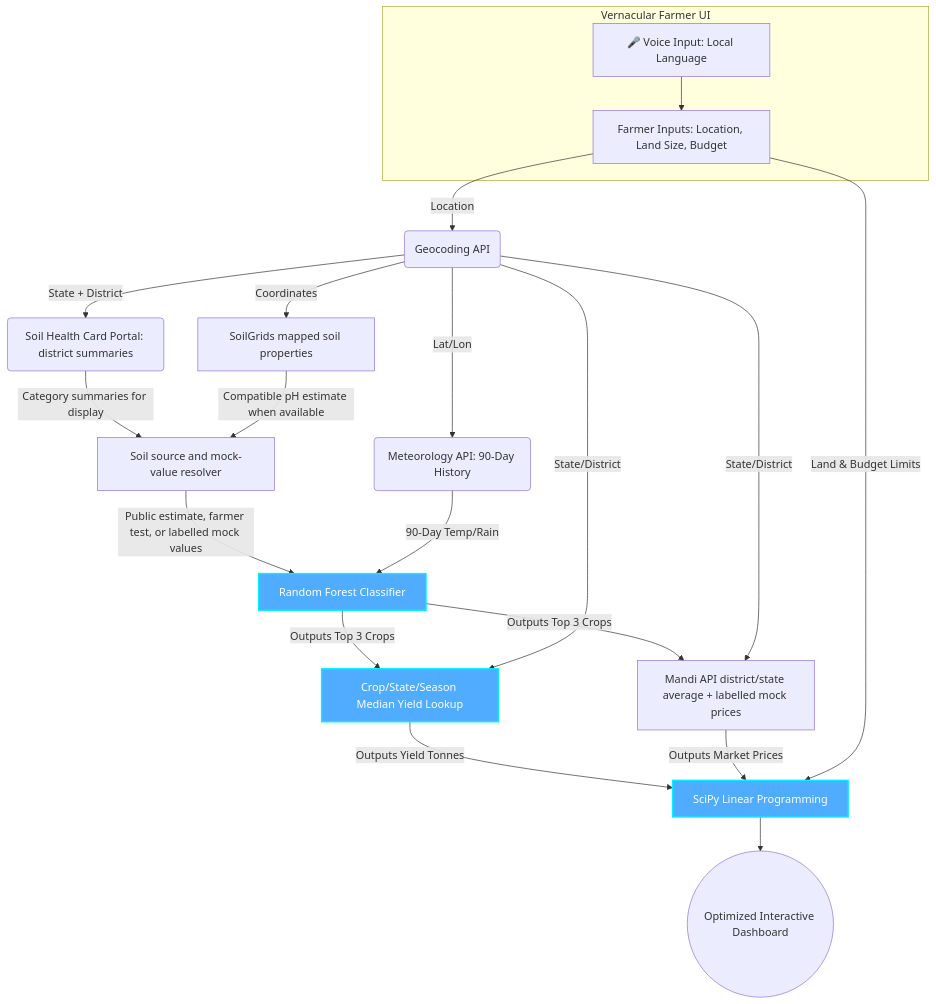
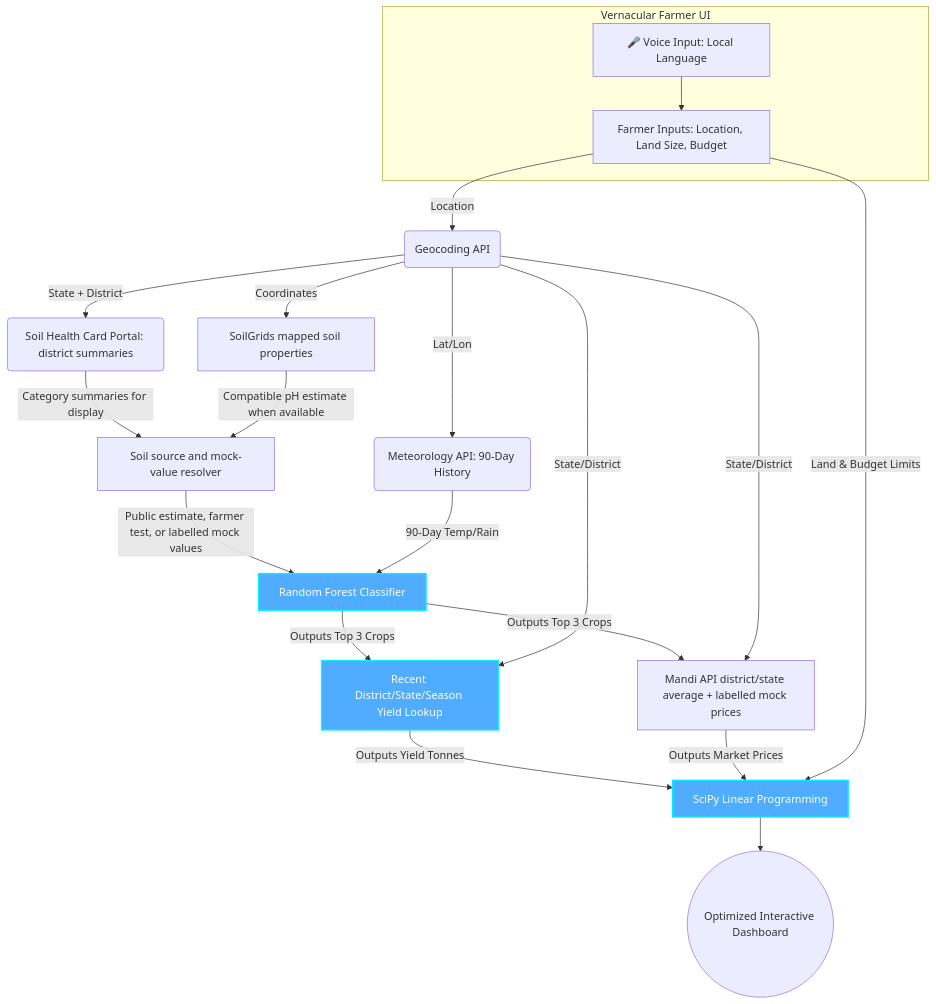
One commit to 9553943884pavan-alt/Agritech changed the diagram in README.md. Above: the diagram before and after it, drawn with Mermaid. The commit also changed other lines of this file and 6 other files, not shown here.

Commit message:
Improve district-aware yield estimation

````diff
--- a/README.md
+++ b/README.md
@@ -79,37 +79,37 @@
 ```mermaid
 graph TD
     %% User Inputs
     subgraph Vernacular Farmer UI
         V[🎤 Voice Input: Local Language] --> A
         A[Farmer Inputs: Location, Land Size, Budget]
     end
     
     %% APIs
     A -->|Location| B(Geocoding API)
     B -->|Lat/Lon| D(Meteorology API: 90-Day History)
     B -->|State + District| C(Soil Health Card Portal: district summaries)
     B -->|Coordinates| Q[SoilGrids mapped soil properties]
     
     %% AI Model 1: Classifier
     C -->|Category summaries for display| S[Soil source and mock-value resolver]
     Q -->|Compatible pH estimate when available| S
     S -->|Public estimate, farmer test, or labelled mock values| E[Random Forest Classifier]
     D -->|90-Day Temp/Rain| E
     
     %% The Output of Classifier feeds the next steps
-    E -->|Outputs Top 3 Crops| F[Crop/State/Season Median Yield Lookup]
+    E -->|Outputs Top 3 Crops| F[Recent District/State/Season Yield Lookup]
     E -->|Outputs Top 3 Crops| G[Mandi API district/state average + labelled mock prices]
     
     %% AI Model 2 & APIs for Optimization
     B -->|State/District| F
     B -->|State/District| G
     F -->|Outputs Yield Tonnes| H[SciPy Linear Programming]
     G -->|Outputs Market Prices| H
     A -->|Land & Budget Limits| H
     
     %% Final Result
     H --> I((Optimized Interactive Dashboard))
     
     classDef model fill:#4facfe,color:#fff,stroke:#00f2fe,stroke-width:2px;
     class E,F,H model;
 ```
````
